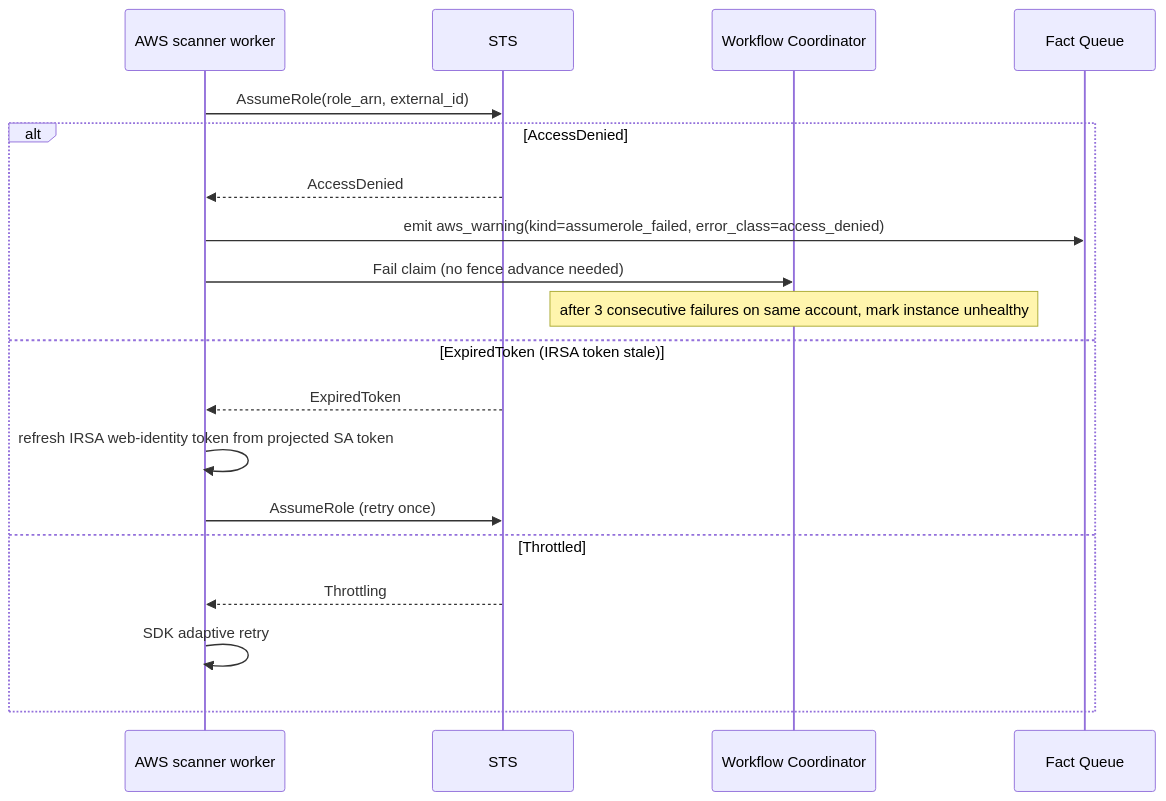
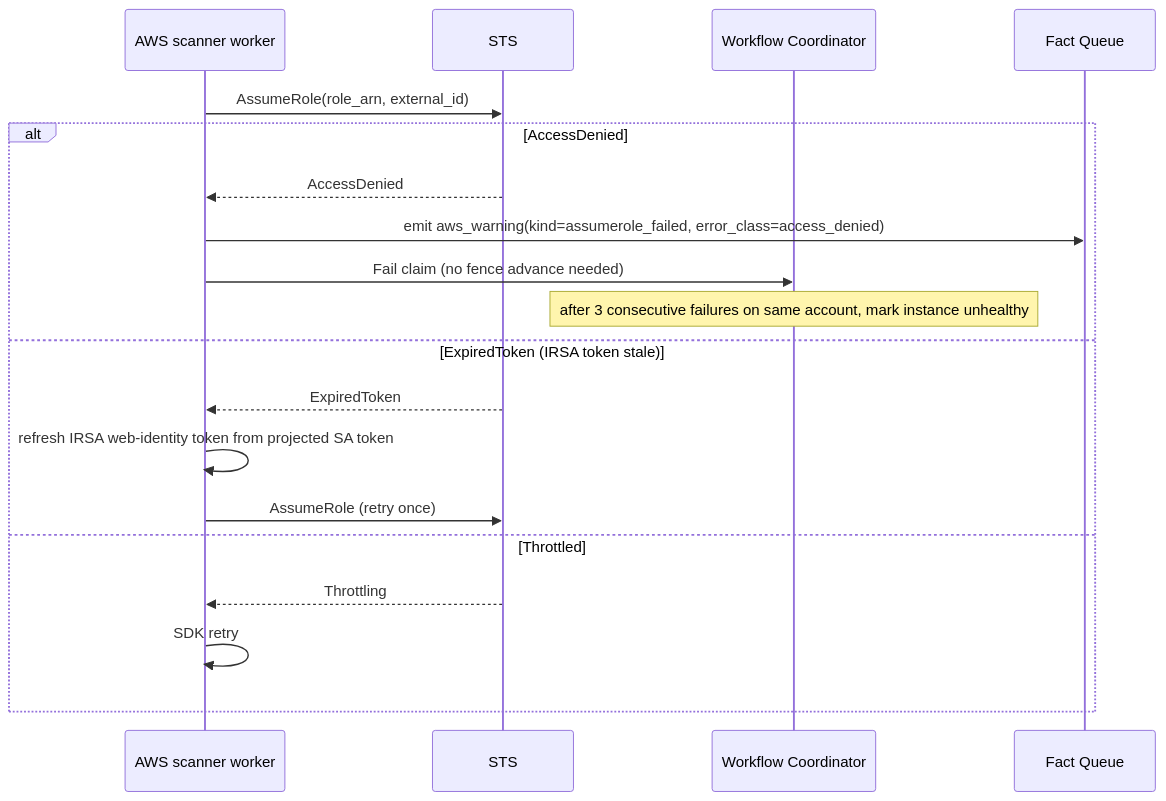
The fourth of 6 diagrams in docs/superpowers/plans/2026-04-20-aws-cloud-scanner-collector-architecture-workflow.md (eshu-hq/eshu), drawn with Mermaid before and after one commit. The commit also changed other lines of this file and 1 other file, not shown here.

Commit message:
Align AWS collector architecture gate

````diff
--- a/docs/superpowers/plans/2026-04-20-aws-cloud-scanner-collector-architecture-workflow.md
+++ b/docs/superpowers/plans/2026-04-20-aws-cloud-scanner-collector-architecture-workflow.md
@@ -118,22 +156,22 @@
 ```mermaid
 sequenceDiagram
     participant W as AWS scanner worker
     participant STS as STS
     participant WC as Workflow Coordinator
     participant FQ as Fact Queue
 
     W->>STS: AssumeRole(role_arn, external_id)
     alt AccessDenied
         STS-->>W: AccessDenied
         W->>FQ: emit aws_warning(kind=assumerole_failed, error_class=access_denied)
         W->>WC: Fail claim (no fence advance needed)
         Note over WC: after 3 consecutive failures on same account, mark instance unhealthy
     else ExpiredToken (IRSA token stale)
         STS-->>W: ExpiredToken
         W->>W: refresh IRSA web-identity token from projected SA token
         W->>STS: AssumeRole (retry once)
     else Throttled
         STS-->>W: Throttling
-        W->>W: SDK adaptive retry
+        W->>W: SDK retry
     end
 ```
````
